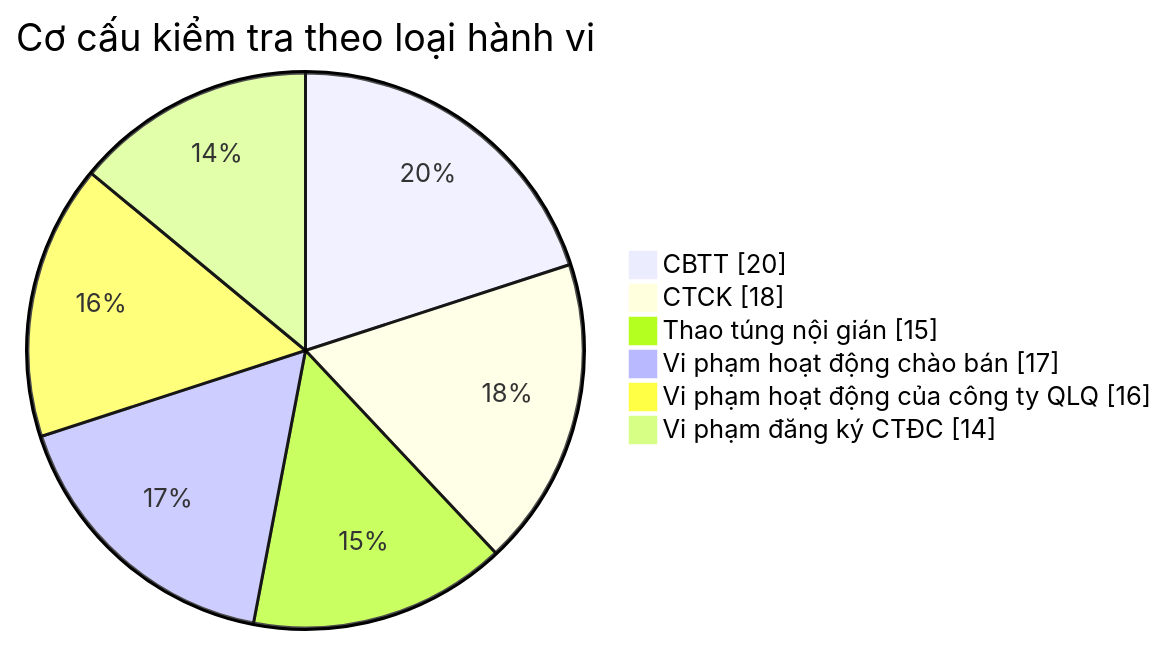
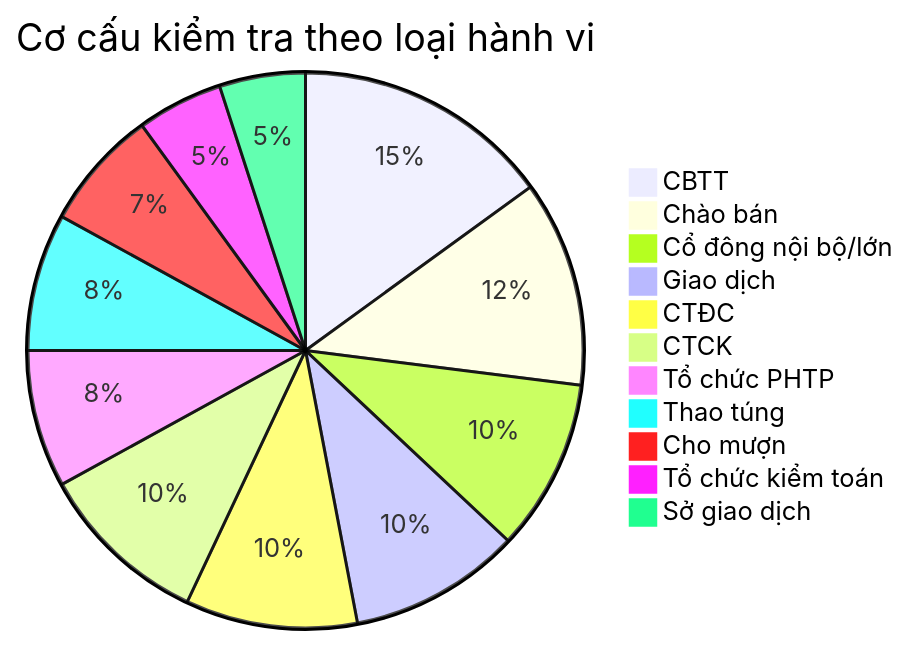
Diagram 12 of 25 in Gold/hld/GOLD_TT_HLD.md (linhlvit/ubck_atomic_design), drawn with Mermaid before and after one commit. The commit also changed other lines of this file and 7 other files, not shown here.

````diff
--- a/Gold/hld/GOLD_TT_HLD.md
+++ b/Gold/hld/GOLD_TT_HLD.md
@@ -390,10 +530,14 @@
 ```mermaid
-pie showData
-    title Cơ cấu kiểm tra theo loại hành vi
-    "CBTT" : 20
-    "CTCK" : 18
-    "Thao túng nội gián" : 15
-    "Vi phạm hoạt động chào bán" : 17
-    "Vi phạm hoạt động của công ty QLQ" : 16
-    "Vi phạm đăng ký CTĐC" : 14
+pie title Cơ cấu kiểm tra theo loại hành vi
+    "CBTT" : 15
+    "Chào bán" : 12
+    "Cổ đông nội bộ/lớn" : 10
+    "Giao dịch" : 10
+    "CTĐC" : 10
+    "CTCK" : 10
+    "Tổ chức PHTP" : 8
+    "Thao túng" : 8
+    "Cho mượn" : 7
+    "Tổ chức kiểm toán" : 5
+    "Sở giao dịch" : 5
 ```
````
